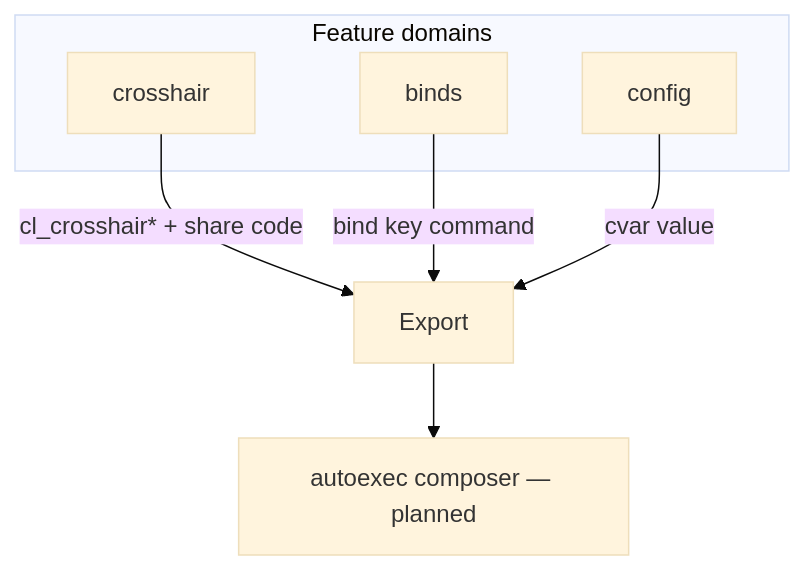
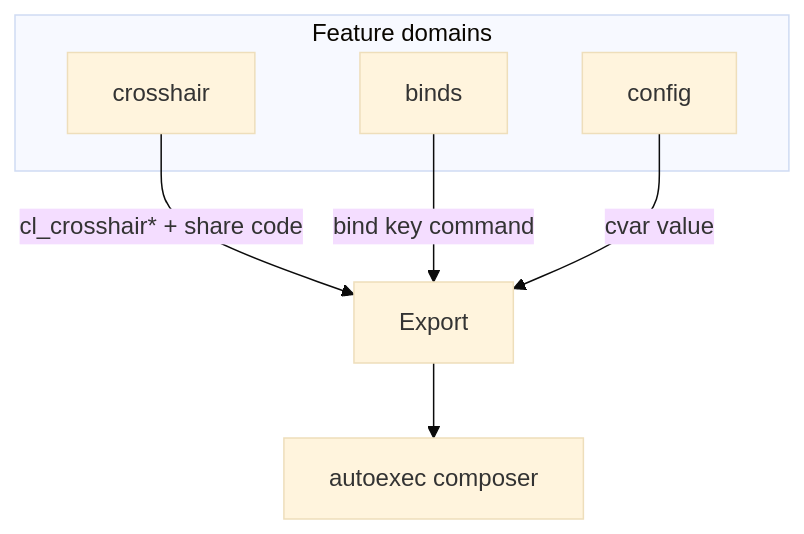
Before and after one commit to percdotdev/bindr: the second of 4 diagrams in .docs/SPEC.md, drawn with Mermaid (base theme). The commit also changed other lines of this file, not shown here.

First line of the commit message:
docs(spec): mark config and autoexec phases shipped

````diff
--- a/.docs/SPEC.md
+++ b/.docs/SPEC.md
@@ -121,12 +130,12 @@
 ```mermaid
 flowchart TB
   subgraph features [Feature domains]
     CH[crosshair]
     BD[binds]
     CF[config]
   end
   CH -->|cl_crosshair* + share code| OUT[Export]
   BD -->|bind key command| OUT
   CF -->|cvar value| OUT
-  OUT --> AE[autoexec composer — planned]
+  OUT --> AE[autoexec composer]
 ```
````
